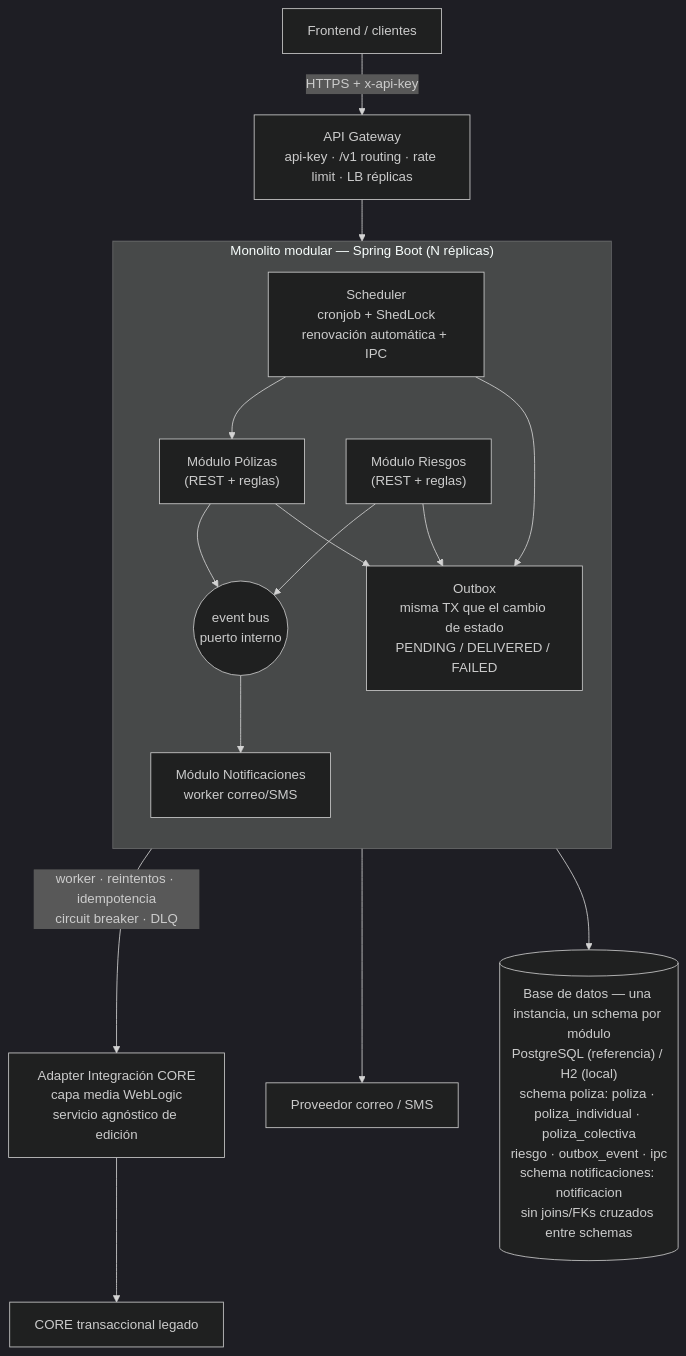
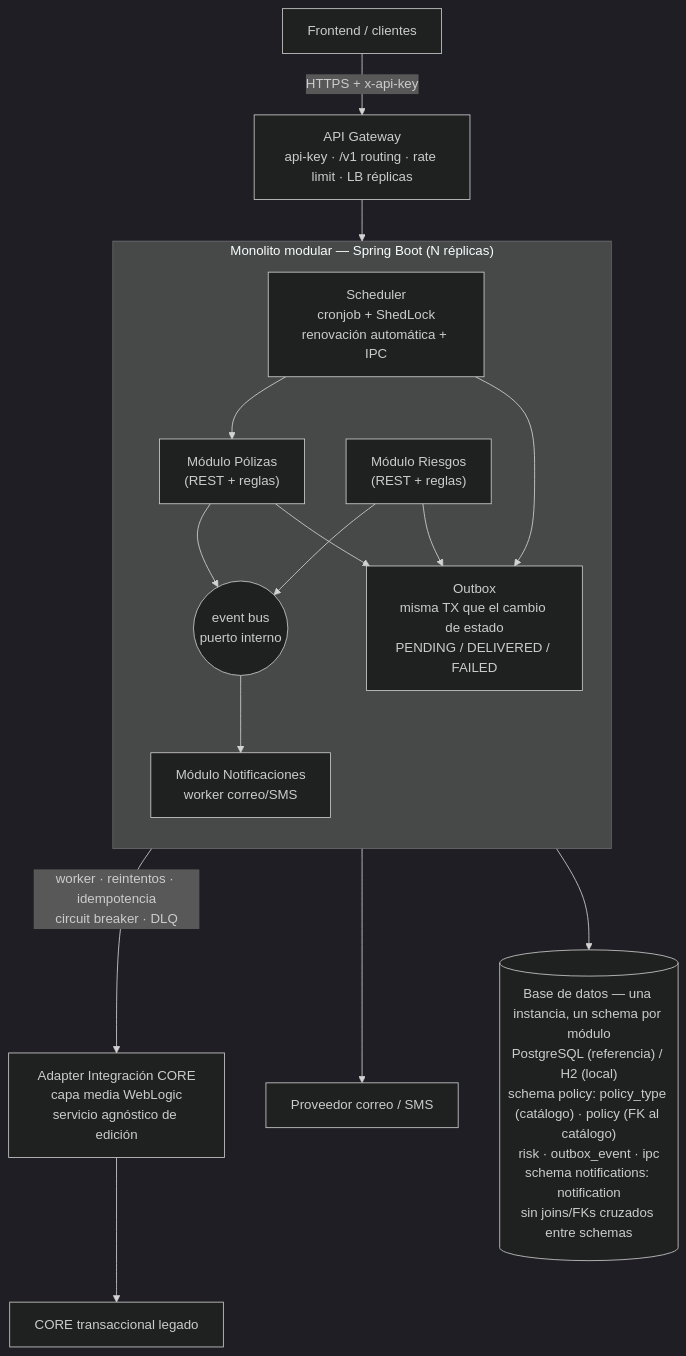
Before and after one commit to jeison-nura/pruebatecnicab: the diagram in modulo1_diseno_sistema.md, drawn with Mermaid (dark theme). The commit also changed other lines of this file, not shown here.

````diff
--- a/modulo1_diseno_sistema.md
+++ b/modulo1_diseno_sistema.md
@@ -278,34 +285,34 @@
 ```mermaid
 flowchart TB
     FE["Frontend / clientes"]
     GW["API Gateway<br/>api-key · /v1 routing · rate limit · LB réplicas"]
 
     subgraph MONO["Monolito modular — Spring Boot (N réplicas)"]
         direction TB
         POL["Módulo Pólizas<br/>(REST + reglas)"]
         RIE["Módulo Riesgos<br/>(REST + reglas)"]
         BUS(("event bus<br/>puerto interno"))
         SCH["Scheduler<br/>cronjob + ShedLock<br/>renovación automática + IPC"]
         NOTI["Módulo Notificaciones<br/>worker correo/SMS"]
         OUT["Outbox<br/>misma TX que el cambio de estado<br/>PENDING / DELIVERED / FAILED"]
         POL --> BUS
         RIE --> BUS
         BUS --> NOTI
         SCH --> POL
         SCH --> OUT
         POL --> OUT
         RIE --> OUT
     end
 
     ADP["Adapter Integración CORE<br/>capa media WebLogic<br/>servicio agnóstico de edición"]
     CORE["CORE transaccional legado"]
     PROV["Proveedor correo / SMS"]
-    DB[("Base de datos — una instancia, un schema por módulo<br/>PostgreSQL (referencia) / H2 (local)<br/>schema poliza: poliza · poliza_individual · poliza_colectiva<br/>riesgo · outbox_event · ipc<br/>schema notificaciones: notificacion<br/>sin joins/FKs cruzados entre schemas")]
+    DB[("Base de datos — una instancia, un schema por módulo<br/>PostgreSQL (referencia) / H2 (local)<br/>schema policy: policy_type (catálogo) · policy (FK al catálogo)<br/>risk · outbox_event · ipc<br/>schema notifications: notification<br/>sin joins/FKs cruzados entre schemas")]
 
     FE -->|"HTTPS + x-api-key"| GW
     GW --> MONO
     OUT -->|"worker · reintentos · idempotencia<br/>circuit breaker · DLQ"| ADP
     ADP --> CORE
     NOTI --> PROV
     MONO --> DB
 ```
````
